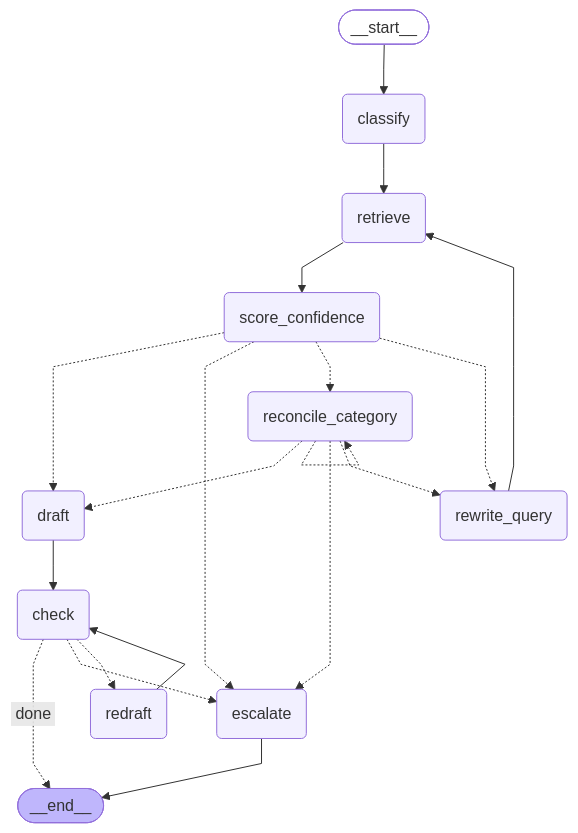
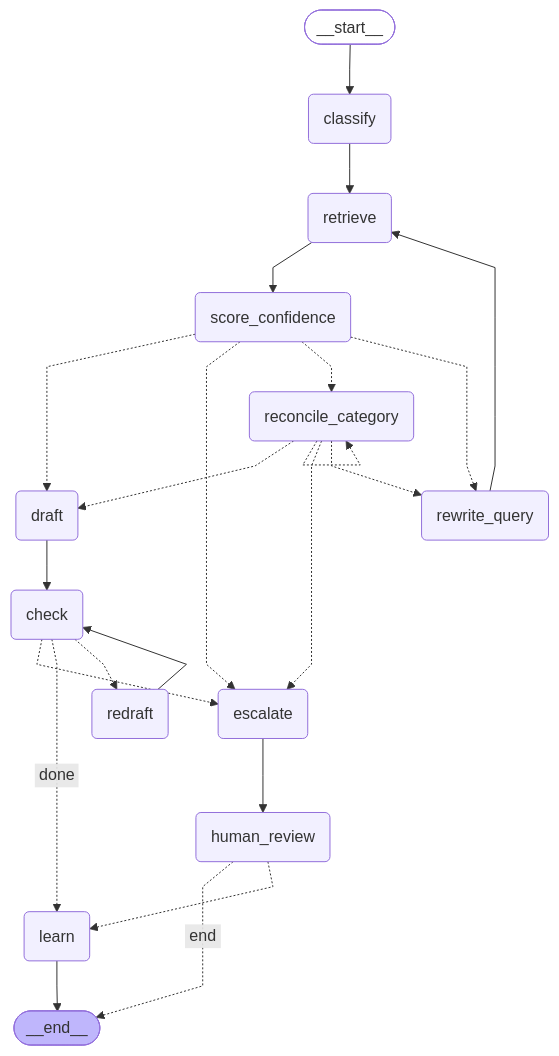
The diagram in docs/graph.md (Beast-jr/ticket-agent), drawn with Mermaid before and after one commit. The commit also changed 14 other files, not shown here.

Commit message:
Day 8: checkpointer, human review pause, learn node, review queue

````diff
--- a/docs/graph.md
+++ b/docs/graph.md
@@ -5,41 +5,46 @@
 ```mermaid
 ---
 config:
   flowchart:
     curve: linear
 ---
 graph TD;
 	__start__([<p>__start__</p>]):::first
 	classify(classify)
 	retrieve(retrieve)
 	score_confidence(score_confidence)
 	draft(draft)
 	check(check)
 	redraft(redraft)
 	reconcile_category(reconcile_category)
 	rewrite_query(rewrite_query)
 	escalate(escalate)
+	learn(learn)
+	human_review(human_review)
 	__end__([<p>__end__</p>]):::last
 	__start__ --> classify;
-	check -. &nbsp;done&nbsp; .-> __end__;
 	check -.-> escalate;
+	check -. &nbsp;done&nbsp; .-> learn;
 	check -.-> redraft;
 	classify --> retrieve;
 	draft --> check;
+	escalate --> human_review;
+	human_review -. &nbsp;end&nbsp; .-> __end__;
+	human_review -.-> learn;
 	reconcile_category -.-> draft;
 	reconcile_category -.-> escalate;
 	reconcile_category -.-> rewrite_query;
 	redraft --> check;
 	retrieve --> score_confidence;
 	rewrite_query --> retrieve;
 	score_confidence -.-> draft;
 	score_confidence -.-> escalate;
 	score_confidence -.-> reconcile_category;
 	score_confidence -.-> rewrite_query;
-	escalate --> __end__;
+	learn --> __end__;
 	reconcile_category -.-> reconcile_category;
 	classDef default fill:#f2f0ff,line-height:1.2
 	classDef first fill-opacity:0
 	classDef last fill:#bfb6fc
 
 ```
````
